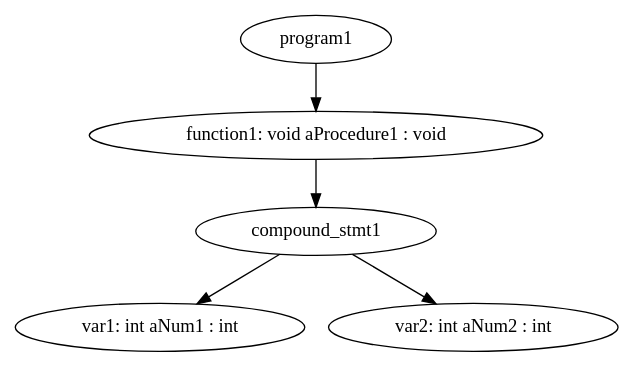
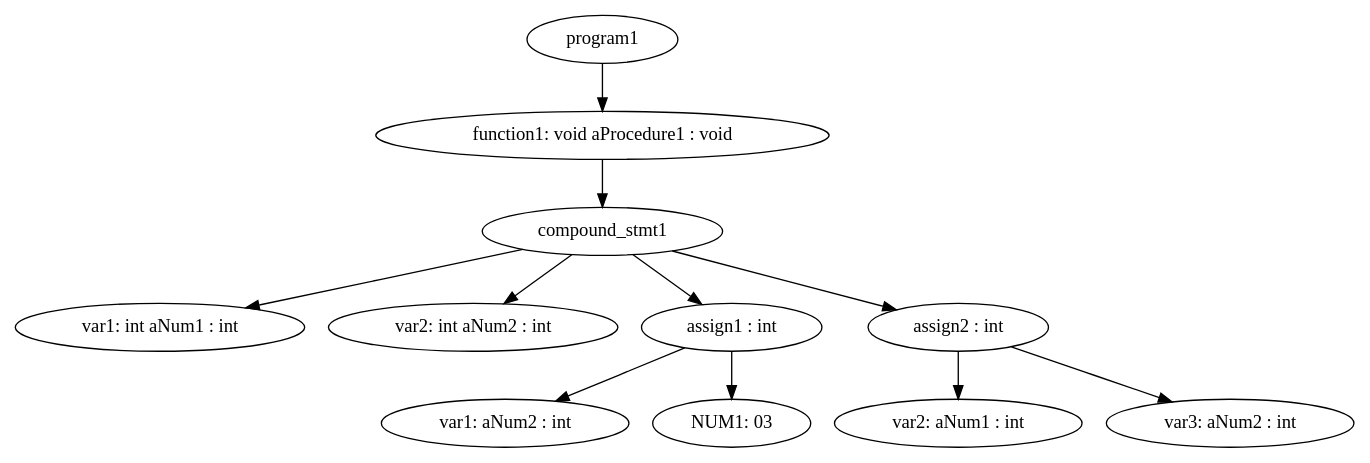
One commit to PabloFB18/taller-compiladores changed the diagram in semantic_examples/out4.dot. Above: the diagram before and after it, drawn with Graphviz. The commit also changed 7 other files, not shown here.

```diff
--- a/semantic_examples/out4.dot
+++ b/semantic_examples/out4.dot
@@ -1,6 +1,12 @@
 digraph G {
 	"program1" -> "function1: void aProcedure1 : void"
 	"function1: void aProcedure1 : void" -> "compound_stmt1"
 	"compound_stmt1" -> "var1: int aNum1 : int"
 	"compound_stmt1" -> "var2: int aNum2 : int"
+	"compound_stmt1" -> "assign1 : int"
+	"assign1 : int" -> "var1: aNum2 : int"
+	"assign1 : int" -> "NUM1: 03"
+	"compound_stmt1" -> "assign2 : int"
+	"assign2 : int" -> "var2: aNum1 : int"
+	"assign2 : int" -> "var3: aNum2 : int"
 }
```
